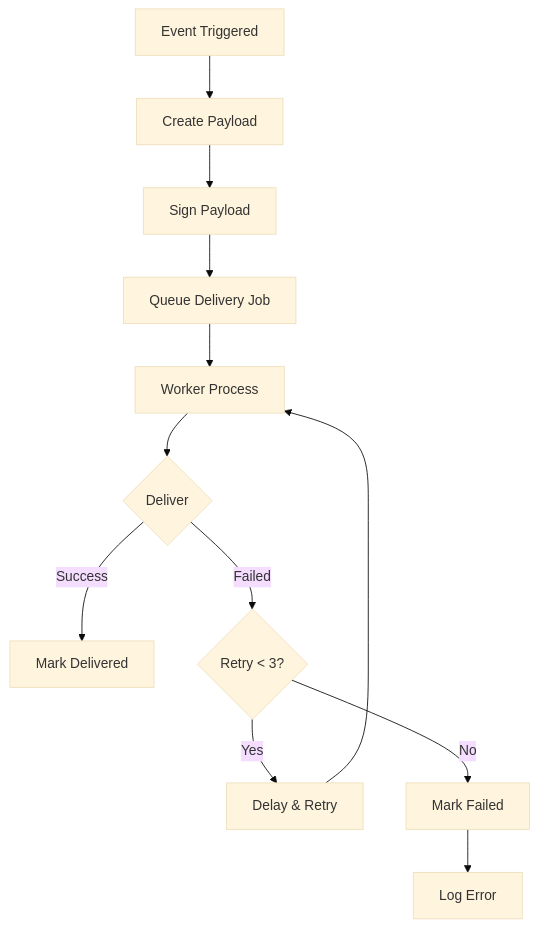
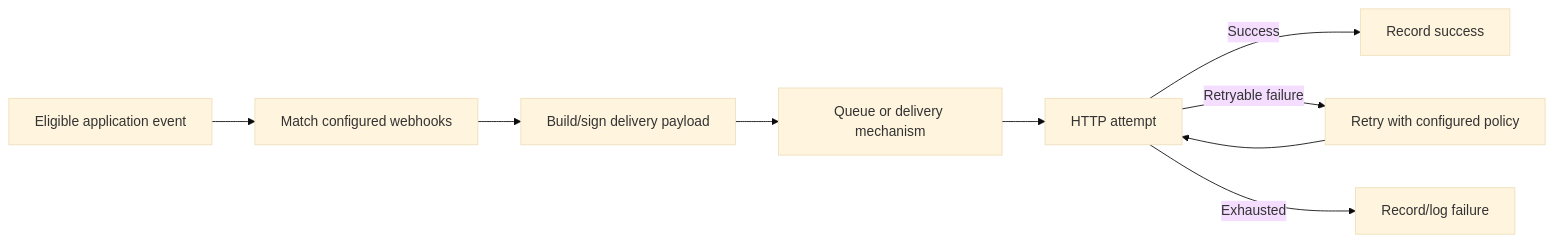
One commit to AbdoHussein1998/OpenWA changed the eighth of 10 diagrams in docs/03-system-architecture.md. Above: the diagram before and after it, drawn with Mermaid (base theme). The commit also changed other lines of this file and 8 other files, not shown here.

````diff
--- a/docs/03-system-architecture.md
+++ b/docs/03-system-architecture.md
@@ -606,14 +245,11 @@
 ```mermaid
-flowchart TB
-    A[Event Triggered] --> B[Create Payload]
-    B --> C[Sign Payload]
-    C --> D[Queue Delivery Job]
-    D --> E[Worker Process]
-    E --> F{Deliver}
-    F -->|Success| G[Mark Delivered]
-    F -->|Failed| H{Retry < 3?}
-    H -->|Yes| I[Delay & Retry]
-    I --> E
-    H -->|No| J[Mark Failed]
-    J --> K[Log Error]
+flowchart LR
+    Event[Eligible application event] --> Match[Match configured webhooks]
+    Match --> Payload[Build/sign delivery payload]
+    Payload --> Delivery[Queue or delivery mechanism]
+    Delivery --> HTTP[HTTP attempt]
+    HTTP -->|Success| Success[Record success]
+    HTTP -->|Retryable failure| Retry[Retry with configured policy]
+    Retry --> HTTP
+    HTTP -->|Exhausted| Failure[Record/log failure]
 ```
````
